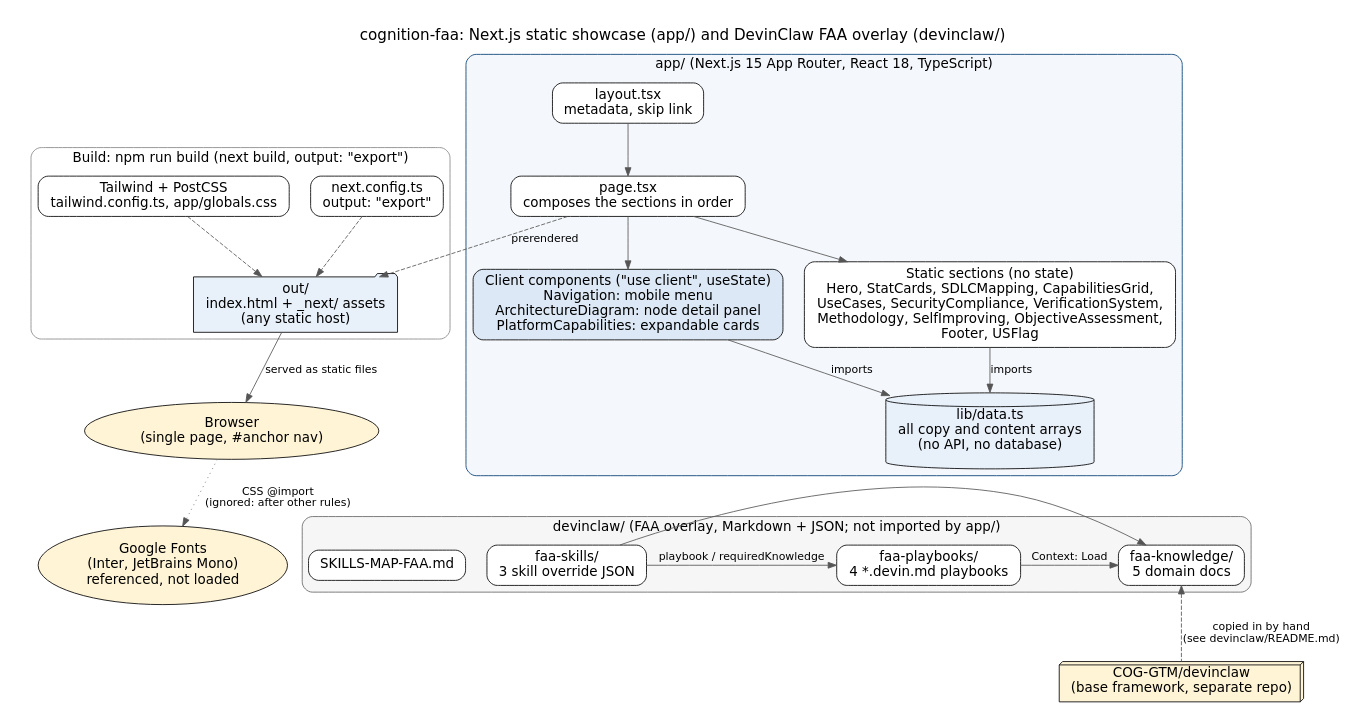
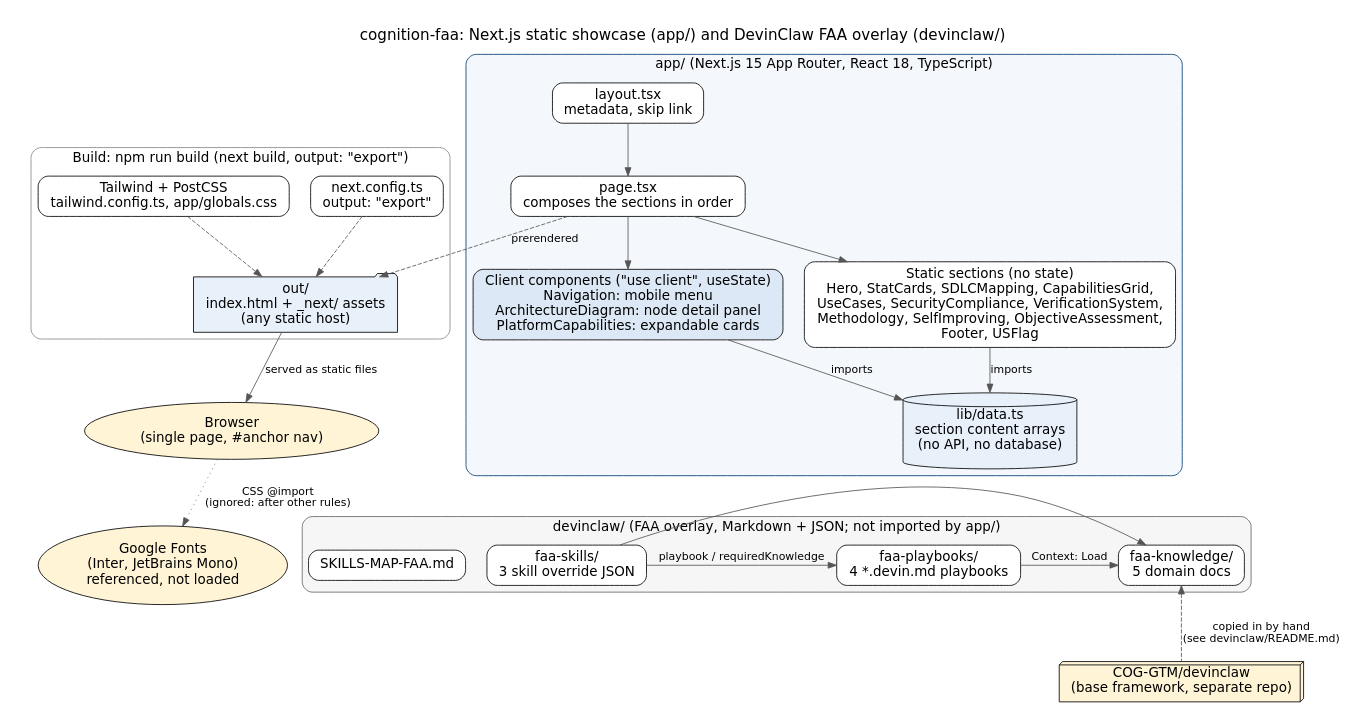
One commit to COG-GTM/cognition-faa changed the diagram in docs/diagrams/architecture.dot. Above: the diagram before and after it, drawn with Graphviz. The commit also changed 2 other files, not shown here.

Commit message:
docs: diagram label for data.ts

```diff
--- a/docs/diagrams/architecture.dot
+++ b/docs/diagrams/architecture.dot
@@ -1,56 +1,56 @@
 // cognition-faa architecture. Edit this file, then run ./render.sh.
 digraph cognition_faa {
   graph [rankdir=TB, fontname="DejaVu Sans", fontsize=18, labelloc=t, nodesep=0.35, ranksep=0.55, pad=0.3,
          label="cognition-faa: Next.js static showcase (app/) and DevinClaw FAA overlay (devinclaw/)"];
   node  [shape=box, style="rounded,filled", fillcolor=white, fontname="DejaVu Sans", fontsize=16, margin="0.18,0.08"];
   edge  [fontname="DejaVu Sans", fontsize=13, color="#555555"];
 
   browser  [label="Browser\n(single page, #anchor nav)", shape=oval, fillcolor="#FFF4D6"];
   fonts    [label="Google Fonts\n(Inter, JetBrains Mono)\nreferenced, not loaded", shape=oval, fillcolor="#FFF4D6"];
 
   subgraph cluster_build {
     label="Build: npm run build (next build, output: \"export\")"; style="rounded"; color="#888888"; fontsize=16;
     nextcfg  [label="next.config.ts\noutput: \"export\""];
     css      [label="Tailwind + PostCSS\ntailwind.config.ts, app/globals.css"];
     out      [label="out/\nindex.html + _next/ assets\n(any static host)", shape=folder, fillcolor="#E8F0FA"];
     {rank=same; nextcfg; css;}
   }
 
   subgraph cluster_app {
     label="app/ (Next.js 15 App Router, React 18, TypeScript)"; style="rounded,filled"; fillcolor="#F4F7FB"; color="#003B71"; fontsize=16;
     layout   [label="layout.tsx\nmetadata, skip link"];
     page     [label="page.tsx\ncomposes the sections in order"];
     client   [label="Client components (\"use client\", useState)\nNavigation: mobile menu\nArchitectureDiagram: node detail panel\nPlatformCapabilities: expandable cards", fillcolor="#DCE8F5"];
     server   [label="Static sections (no state)\nHero, StatCards, SDLCMapping, CapabilitiesGrid,\nUseCases, SecurityCompliance, VerificationSystem,\nMethodology, SelfImproving, ObjectiveAssessment,\nFooter, USFlag"];
-    data     [label="lib/data.ts\nall copy and content arrays\n(no API, no database)", shape=cylinder, fillcolor="#E8F0FA"];
+    data     [label="lib/data.ts\nsection content arrays\n(no API, no database)", shape=cylinder, fillcolor="#E8F0FA"];
     {rank=same; client; server;}
   }
 
   subgraph cluster_overlay {
     label="devinclaw/ (FAA overlay, Markdown + JSON; not imported by app/)"; style="rounded,filled"; fillcolor="#F6F6F6"; color="#666666"; fontsize=16;
     knowledge [label="faa-knowledge/\n5 domain docs"];
     playbooks [label="faa-playbooks/\n4 *.devin.md playbooks"];
     skills    [label="faa-skills/\n3 skill override JSON"];
     smap      [label="SKILLS-MAP-FAA.md"];
     {rank=same; knowledge; playbooks; skills; smap;}
   }
 
   base [label="COG-GTM/devinclaw\n(base framework, separate repo)", shape=box3d, fillcolor="#FFF4D6"];
 
   layout -> page;
   page -> client;
   page -> server;
   client -> data [label="imports"];
   server -> data [label="imports"];
   nextcfg -> out [style=dashed];
   css -> out [style=dashed];
   page -> out [style=dashed, label="prerendered"];
   out -> browser [label="served as static files"];
   browser -> fonts [style=dotted, label="CSS @import\n(ignored: after other rules)"];
 
   skills -> playbooks [label="playbook / requiredKnowledge"];
   skills -> knowledge [constraint=false];
   playbooks -> knowledge [label="Context: Load"];
   knowledge -> base [style=dashed, label="copied in by hand\n(see devinclaw/README.md)", dir=back];
   data -> knowledge [style=invis];
 }
```
